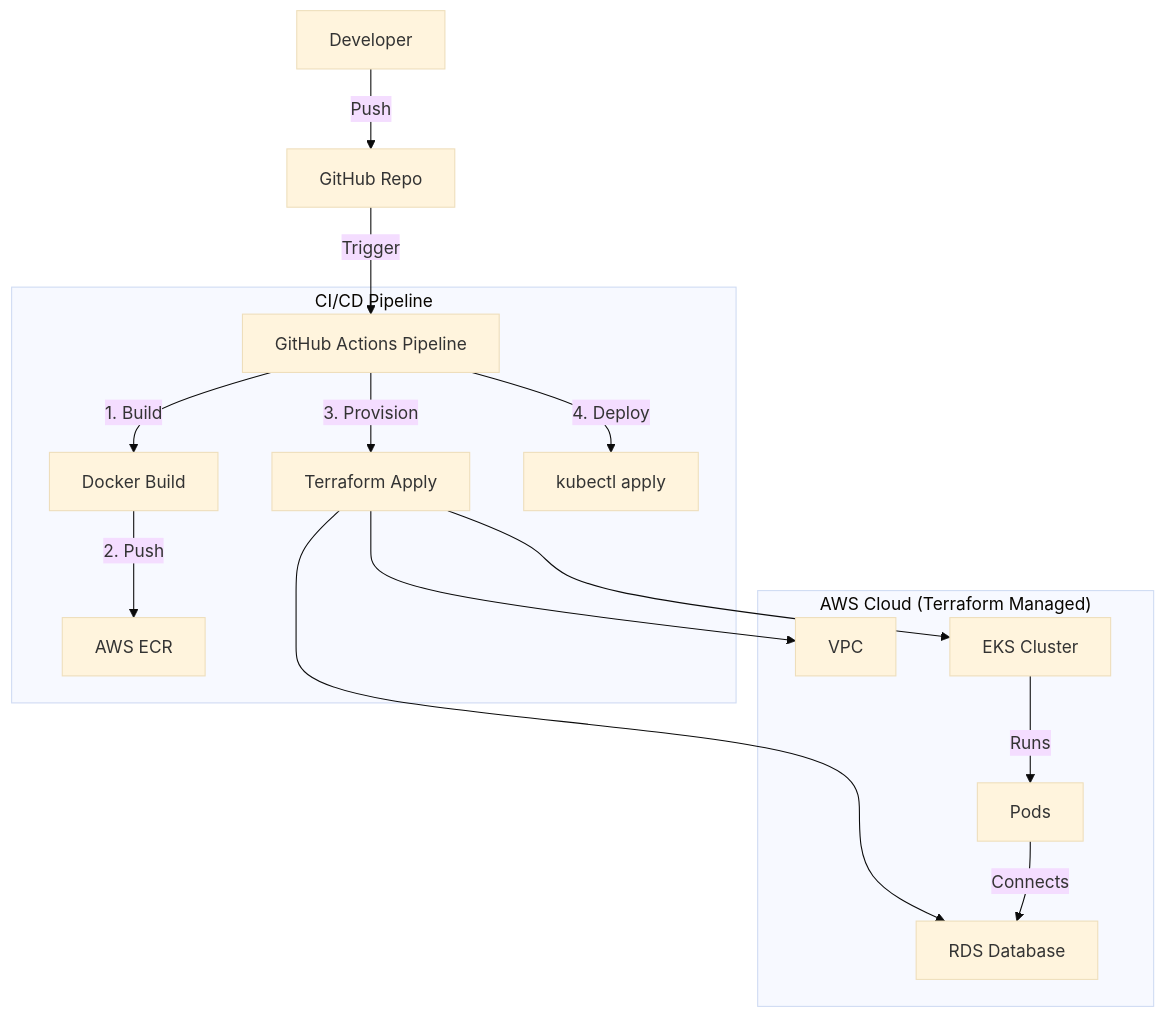
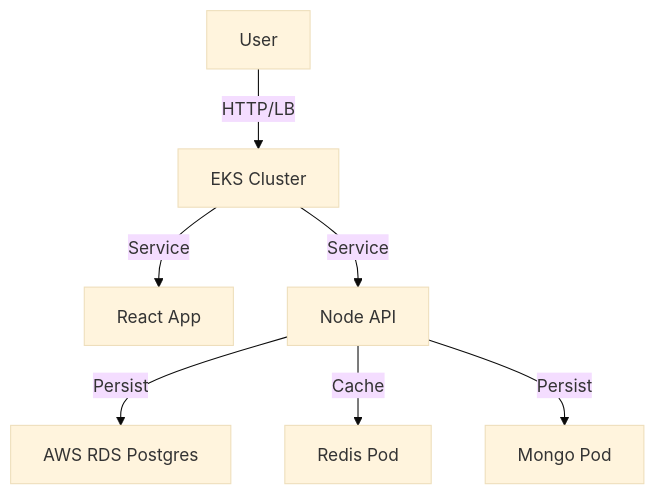
One commit to Adeen1/devops-mid-lab changed the diagram in devops_report.md. Above: the diagram before and after it, drawn with Mermaid (base theme). The commit also changed other lines of this file and 25 other files, not shown here.

````diff
--- a/devops_report.md
+++ b/devops_report.md
@@ -14,21 +13,9 @@
 ```mermaid
 graph TD
-    User[Developer] -->|Push| GH[GitHub Repo]
-    GH -->|Trigger| CD[GitHub Actions Pipeline]
-    
-    subgraph "CI/CD Pipeline"
-        CD -->|1. Build| Docker[Docker Build]
-        Docker -->|2. Push| ECR[AWS ECR]
-        CD -->|3. Provision| TF[Terraform Apply]
-        CD -->|4. Deploy| K8s[kubectl apply]
-    end
-    
-    subgraph "AWS Cloud (Terraform Managed)"
-        TF --> VPC
-        TF --> EKS[EKS Cluster]
-        TF --> RDS[RDS Database]
-        
-        EKS -->|Runs| Pods
-        Pods -->|Connects| RDS
-    end
+    User -->|HTTP/LB| K8s[EKS Cluster]
+    K8s -->|Service| Frontend[React App]
+    K8s -->|Service| Backend[Node API]
+    Backend -->|Persist| RDS[AWS RDS Postgres]
+    Backend -->|Cache| Redis[Redis Pod]
+    Backend -->|Persist| Mongo[Mongo Pod]
 ```
````
